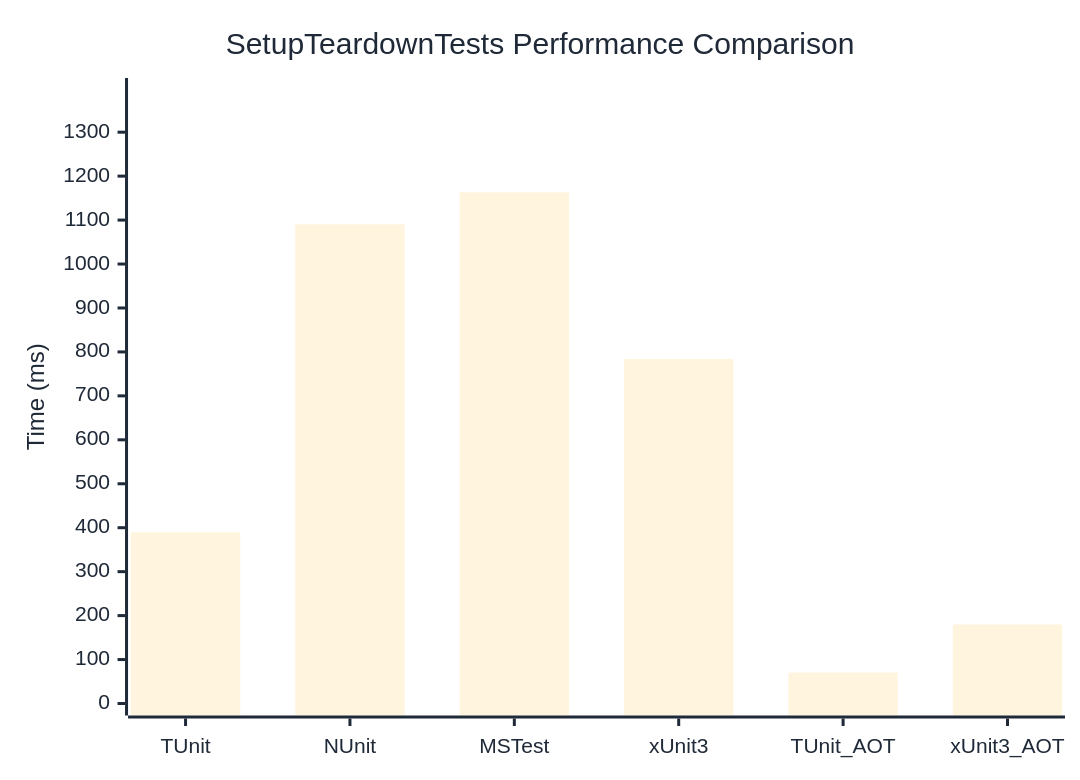
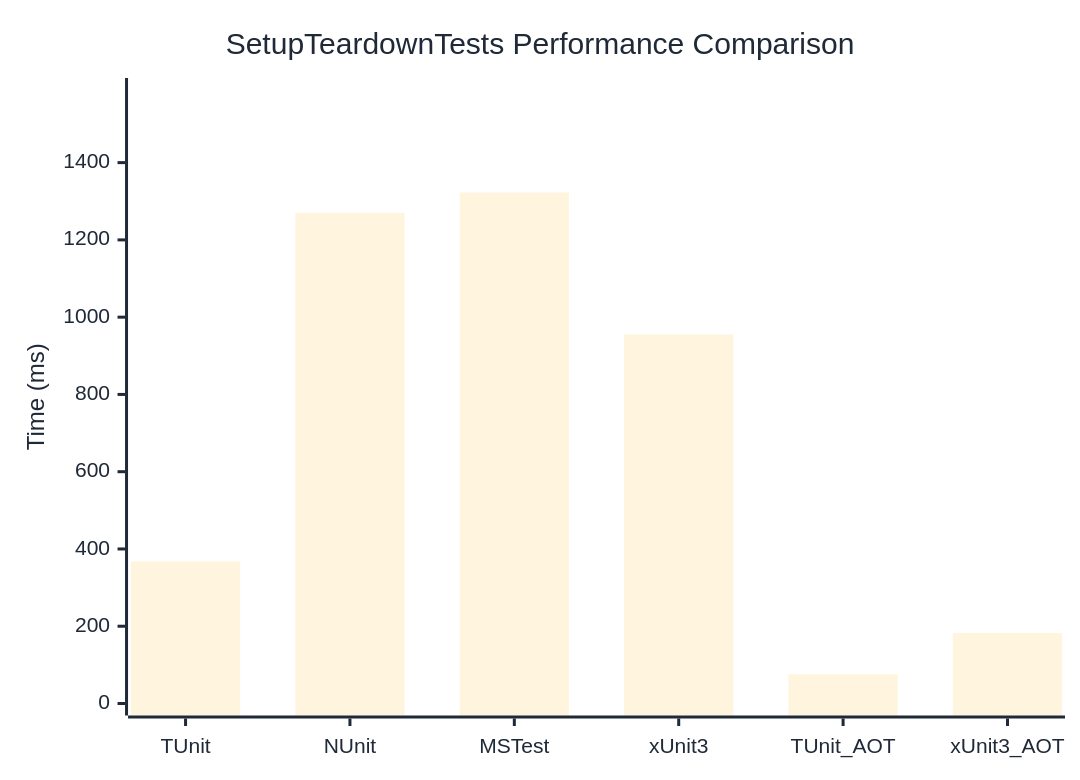
One commit to thomhurst/TUnit changed the diagram in docs/docs/benchmarks/engine/SetupTeardownTests.md. Above: the diagram before and after it, drawn with Mermaid. The commit also changed other lines of this file and 18 other files, not shown here.

````diff
--- a/docs/docs/benchmarks/engine/SetupTeardownTests.md
+++ b/docs/docs/benchmarks/engine/SetupTeardownTests.md
@@ -30,37 +30,37 @@
 ```mermaid
 %%{init: {
   'theme':'base',
   'themeVariables': {
     'primaryColor': '#2563eb',
     'primaryTextColor': '#1f2937',
     'primaryBorderColor': '#1e40af',
     'lineColor': '#6b7280',
     'secondaryColor': '#7c3aed',
     'tertiaryColor': '#dc2626',
     'background': '#ffffff',
     'mainBkg': '#2563eb',
     'secondBkg': '#7c3aed',
     'tertiaryBkg': '#dc2626',
     'clusterBkg': '#f3f4f6',
     'edgeLabelBackground': '#ffffff',
     'tertiaryTextColor': '#1f2937',
     'pie1': '#2563eb',
     'pie2': '#7c3aed',
     'pie3': '#dc2626',
     'pie4': '#f59e0b',
     'pie5': '#10b981',
     'pie6': '#06b6d4',
     'pie7': '#ec4899',
     'pie8': '#6366f1',
     'pie9': '#84cc16',
     'pie10': '#f97316',
     'pie11': '#14b8a6',
     'pie12': '#a855f7'
   }
 }}%%
 xychart-beta
   title "SetupTeardownTests Performance Comparison"
   x-axis ["TUnit", "NUnit", "MSTest", "xUnit3", "TUnit_AOT", "xUnit3_AOT"]
-  y-axis "Time (ms)" 0 --> 1396
-  bar [389.4, 1090.23, 1163.1, 784, 70.18, 179.9]
+  y-axis "Time (ms)" 0 --> 1588
+  bar [367.81, 1270.05, 1322.57, 955.39, 75.64, 182.31]
 ```
````
